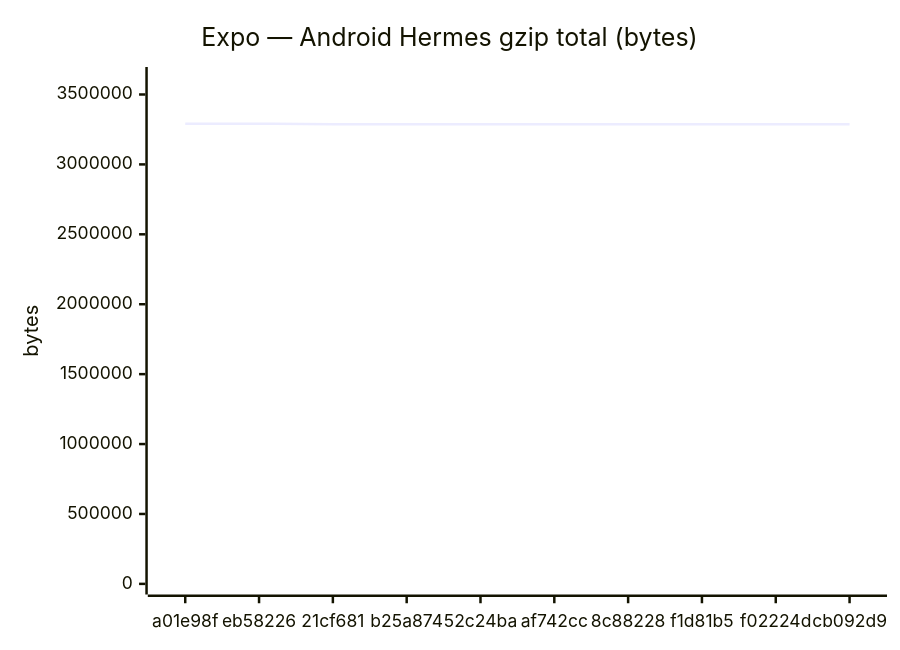
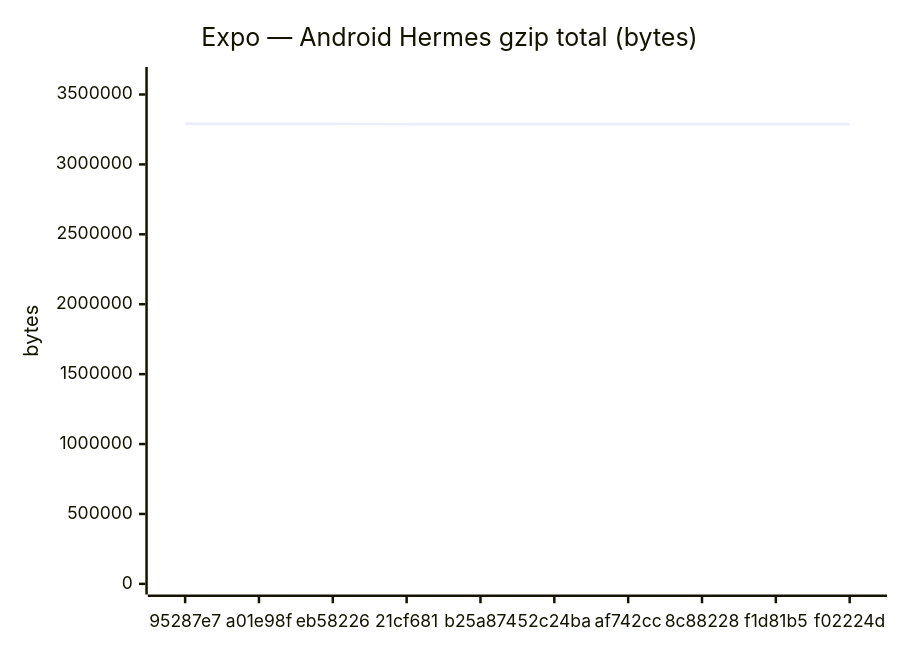
The fifth of 18 diagrams in benchmarks/compare.md (Metaheurist/Rianell), drawn with Mermaid before and after one commit. The commit also changed other lines of this file and 11 other files, not shown here.

````diff
--- a/benchmarks/compare.md
+++ b/benchmarks/compare.md
@@ -89,7 +89,7 @@
 ```mermaid
 xychart-beta
     title "Expo — Android Hermes gzip total (bytes)"
-    x-axis ["a01e98f", "eb58226", "21cf681", "b25a874", "52c24ba", "af742cc", "8c88228", "f1d81b5", "f02224d", "cb092d9"]
+    x-axis ["95287e7", "a01e98f", "eb58226", "21cf681", "b25a874", "52c24ba", "af742cc", "8c88228", "f1d81b5", "f02224d"]
     y-axis "bytes" 0 --> 3620611
-    line [3291455, 3291464, 3287427, 3287424, 3287423, 3287424, 3287869, 3287424, 3287426, 3287424]
+    line [3291461, 3291455, 3291464, 3287427, 3287424, 3287423, 3287424, 3287869, 3287424, 3287426]
 ```
````
